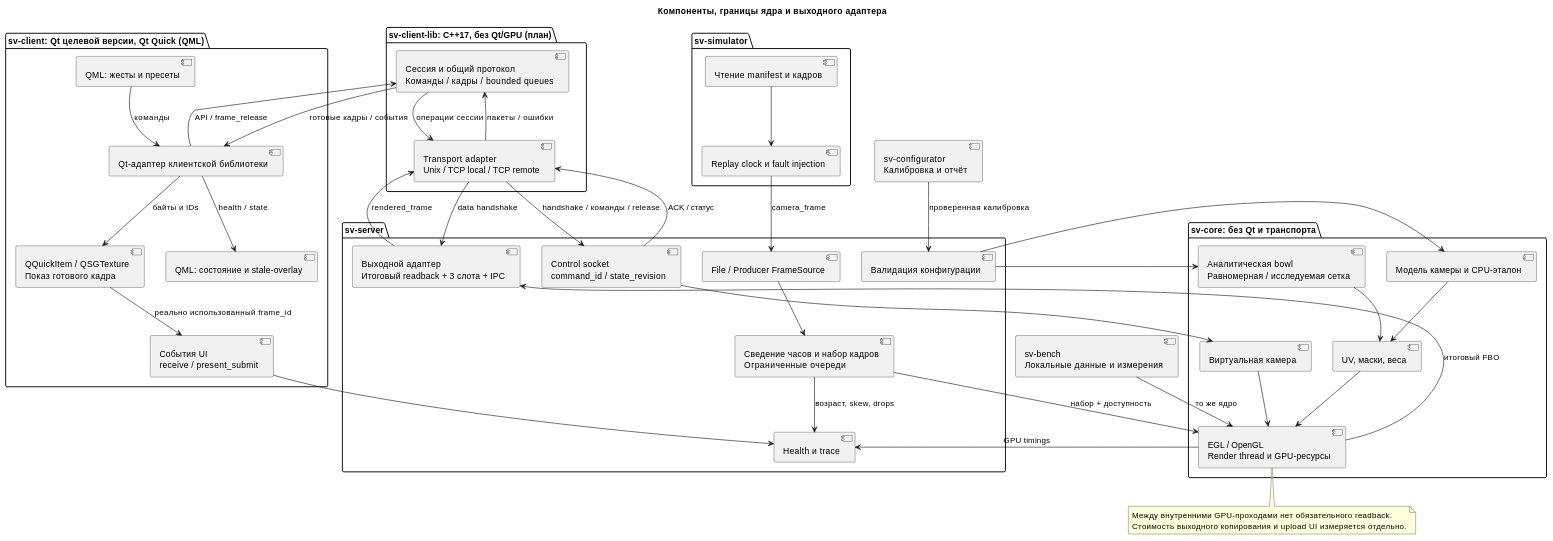
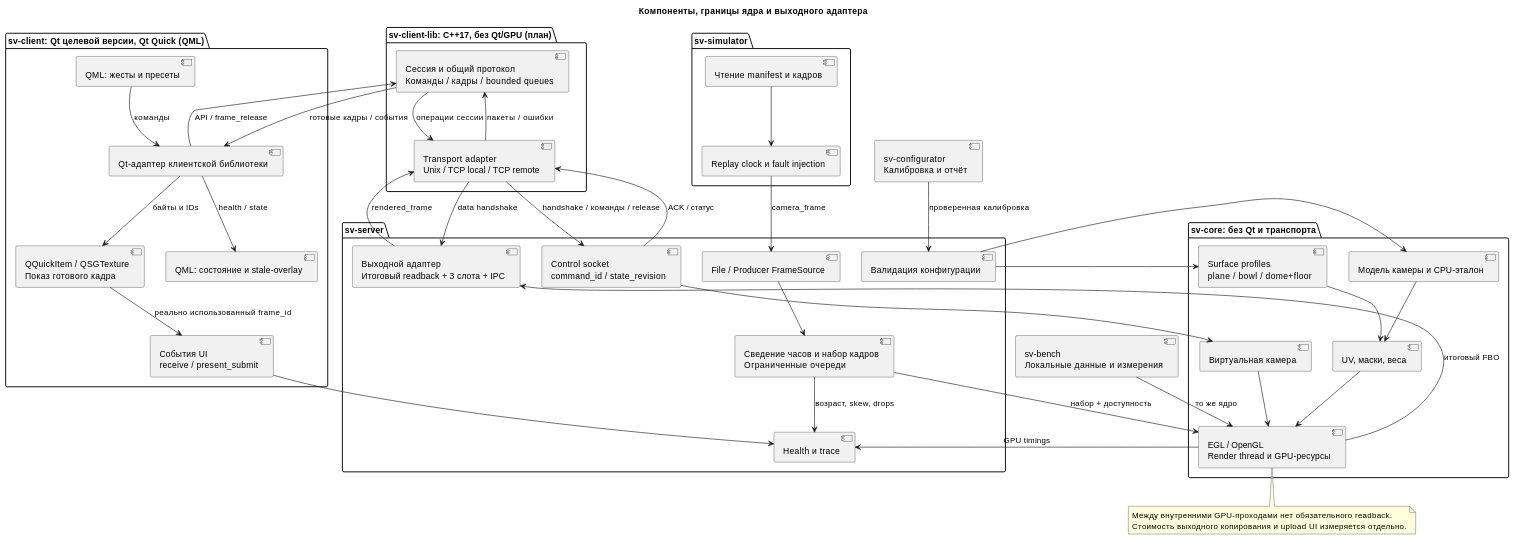
One commit to AKTOETO/Surround-view changed the second of 3 diagrams in docs/architecture/SYSTEM.md. Above: the diagram before and after it, drawn with PlantUML. The commit also changed other lines of this file and 29 other files, not shown here.

````diff
--- a/docs/architecture/SYSTEM.md
+++ b/docs/architecture/SYSTEM.md
@@ -154,71 +154,71 @@
 ```plantuml
 @startuml
 title Компоненты, границы ядра и выходного адаптера
 ' Статус: проектная редакция 05.10.2026. sv-client-lib планируется: ADR-012.
 package "sv-core: без Qt и транспорта" {
   [Модель камеры и CPU-эталон] as Camera
-  [Аналитическая bowl\nРавномерная / исследуемая сетка] as Geometry
+  [Surface profiles\nplane / bowl / dome+floor] as Geometry
   [UV, маски, веса] as Mapping
   [Виртуальная камера] as View
   [EGL / OpenGL\nRender thread и GPU-ресурсы] as GPU
 }
 package "sv-server" {
   [File / Producer FrameSource] as Input
   [Сведение часов и набор кадров\nОграниченные очереди] as Sync
   [Валидация конфигурации] as Config
   [Control socket\ncommand_id / state_revision] as Control
   [Выходной адаптер\nИтоговый readback + 3 слота + IPC] as Output
   [Health и trace] as Trace
 }
 package "sv-client-lib: C++17, без Qt/GPU (план)" {
   [Сессия и общий протокол\nКоманды / кадры / bounded queues] as ClientLibrary
   [Transport adapter\nUnix / TCP local / TCP remote] as ClientTransport
 }
 package "sv-client: Qt целевой версии, Qt Quick (QML)" {
   [Qt-адаптер клиентской библиотеки] as Client
   [QQuickItem / QSGTexture\nПоказ готового кадра] as Display
   [QML: жесты и пресеты] as Touch
   [QML: состояние и stale-overlay] as Status
   [События UI\nreceive / present_submit] as UITrace
 }
 package "sv-simulator" {
   [Чтение manifest и кадров] as Data
   [Replay clock и fault injection] as Producer
 }
 [sv-configurator\nКалибровка и отчёт] as Calibrator
 [sv-bench\nЛокальные данные и измерения] as Bench
 Calibrator --> Config : проверенная калибровка
 Config --> Camera
 Config --> Geometry
 Camera --> Mapping
 Geometry --> Mapping
 Mapping --> GPU
 Input --> Sync
 Sync --> GPU : набор + доступность
 Control --> View
 View --> GPU
 GPU --> Output : итоговый FBO
 GPU --> Trace : GPU timings
 Sync --> Trace : возраст, skew, drops
 ClientLibrary --> ClientTransport : операции сессии
 ClientTransport --> ClientLibrary : пакеты / ошибки
 ClientTransport --> Control : handshake / команды / release
 Control --> ClientTransport : ACK / статус
 Output --> ClientTransport : rendered_frame
 ClientTransport --> Output : data handshake
 Client --> ClientLibrary : API / frame_release
 ClientLibrary --> Client : готовые кадры / события
 Client --> Display : байты и IDs
 Client --> Status : health / state
 Touch --> Client : команды
 Display --> UITrace : реально использованный frame_id
 UITrace --> Trace
 Data --> Producer
 Producer --> Input : camera_frame
 Bench --> GPU : то же ядро
 note bottom of GPU
   Между внутренними GPU-проходами нет обязательного readback.
   Стоимость выходного копирования и upload UI измеряется отдельно.
 end note
 @enduml
 ```
````
